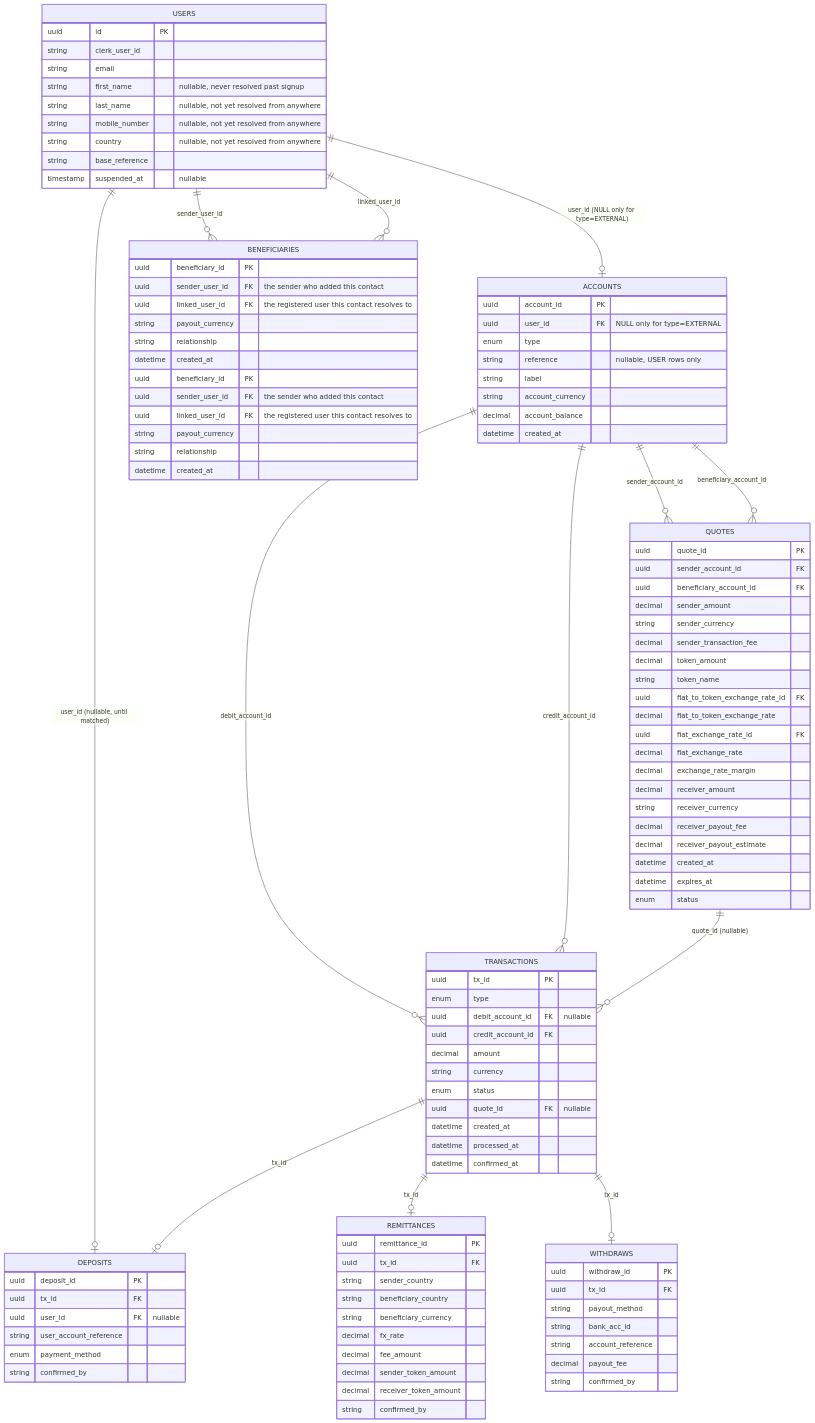
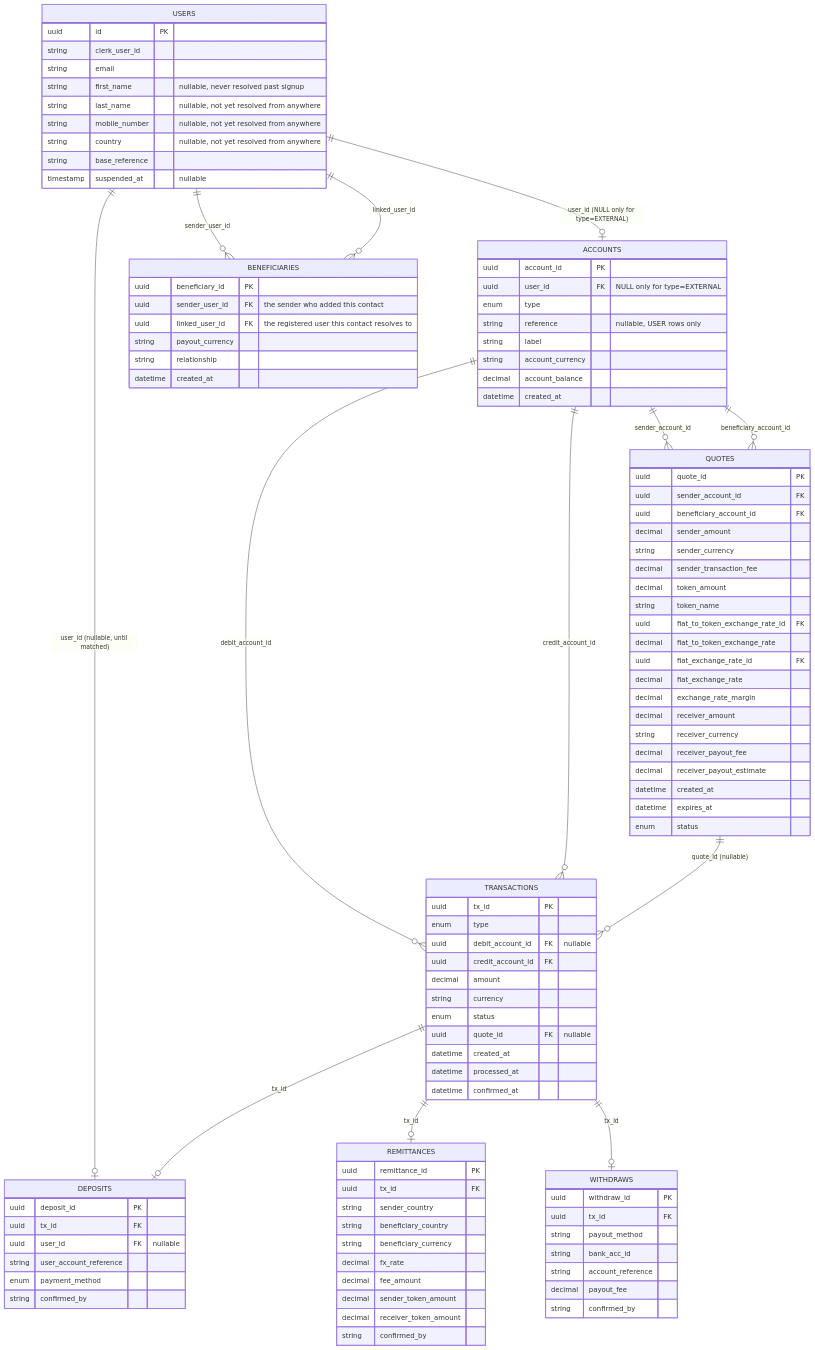
Before and after one commit to Katlego-Sekoele/RemitX: the diagram in api/Transaction_Flow_Context.md, drawn with Mermaid. The commit also changed other lines of this file and 10 other files, not shown here.

```diff
--- a/api/Transaction_Flow_Context.md
+++ b/api/Transaction_Flow_Context.md
@@ -177,14 +177,6 @@
         string country "nullable, not yet resolved from anywhere"
         string base_reference
         timestamp suspended_at "nullable"
-    }
-    BENEFICIARIES {
-        uuid beneficiary_id PK
-        uuid sender_user_id FK "the sender who added this contact"
-        uuid linked_user_id FK "the registered user this contact resolves to"
-        string payout_currency
-        string relationship
-        datetime created_at
     }
     BENEFICIARIES {
         uuid beneficiary_id PK
```
